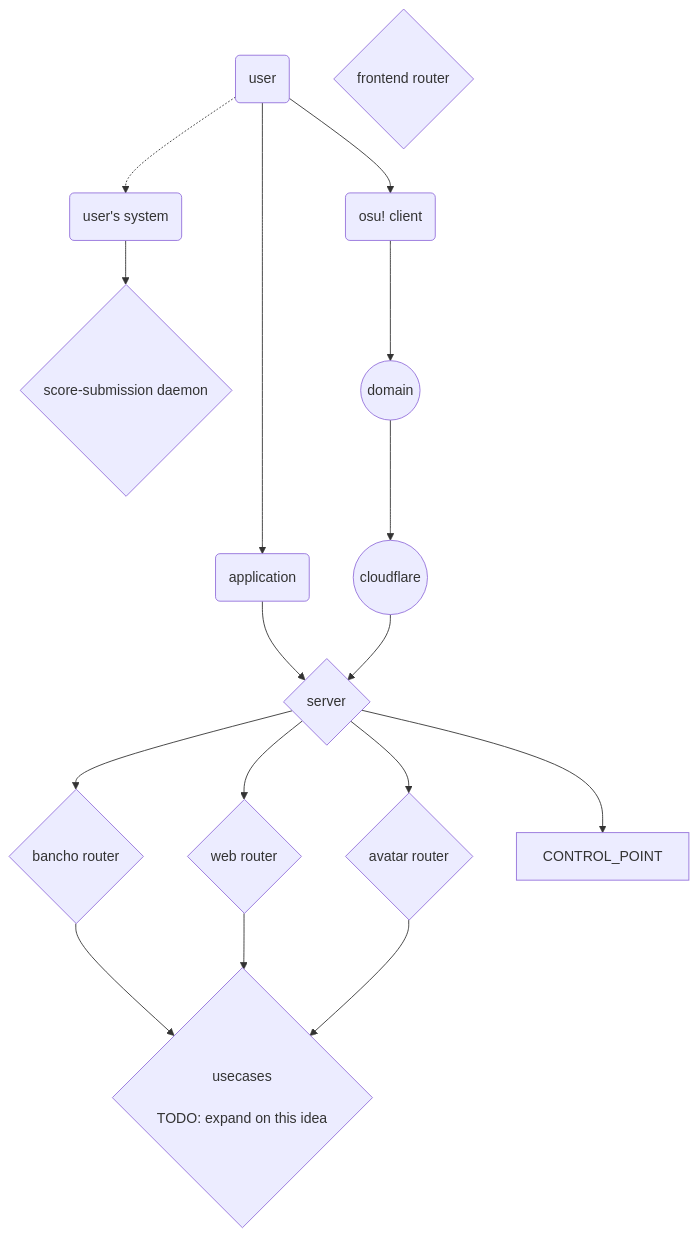
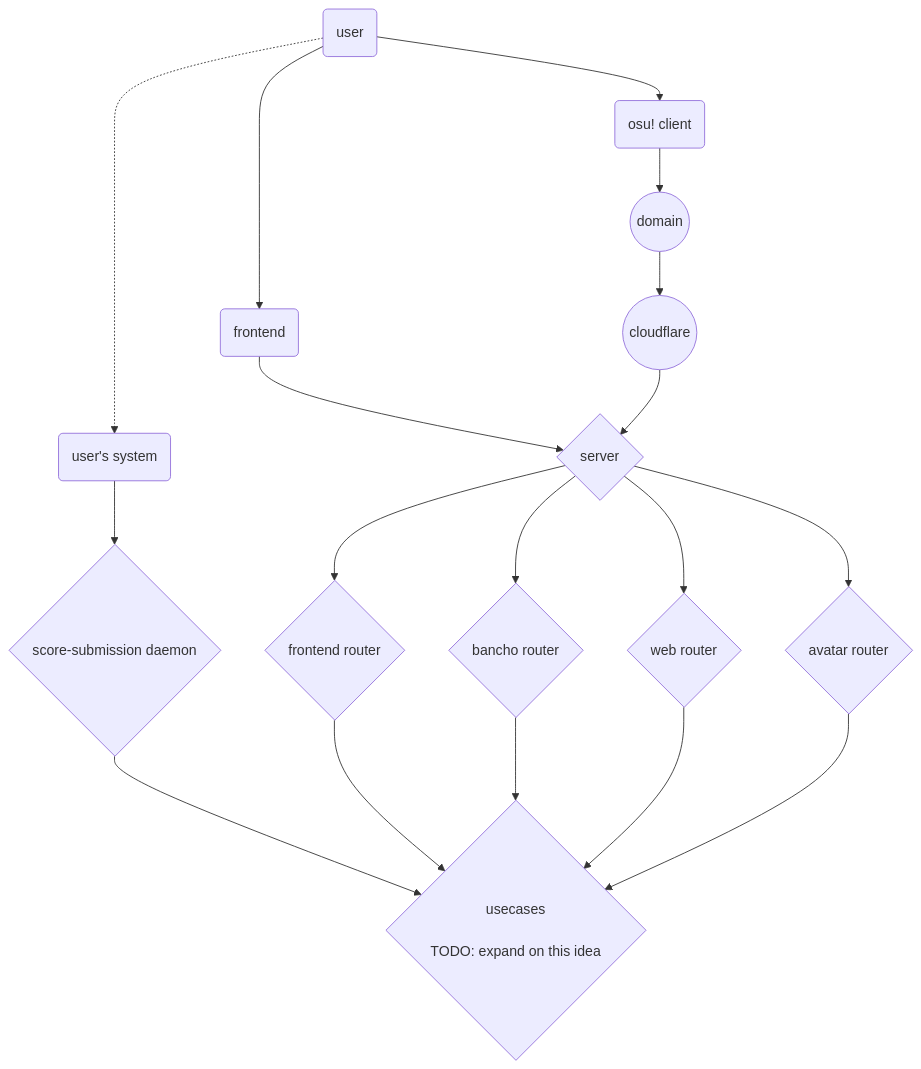
Before and after one commit to jeevanjohnson/local-osu-server: the diagram in README.md, drawn with Mermaid.

````diff
--- a/README.md
+++ b/README.md
@@ -8,28 +8,28 @@
 ```mermaid
 flowchart TB
 USER(user)
 USER_SYSTEM(user's system)
-APPLICATION(application)
+FRONTEND(frontend)
 OSU_CLIENT(osu! client)
 FRONTEND_ROUTER{frontend router}
 BANCHO_ROUTER{bancho router}
 WEB_ROUTER{web router}
 AVATAR_ROUTER{avatar router}
 SERVER{server}
 SCORE_SUBMISSION_DAEMON{score-submission daemon}
 DOMAIN((domain))
 CLOUD_FLARE((cloudflare))
 USECASES{usecases\n\nTODO: expand on this idea}
 
 %% =================================
 USER -.-> USER_SYSTEM
 
-USER --> APPLICATION --> SERVER --> CONTROL_POINT
-USER_SYSTEM --> SCORE_SUBMISSION_DAEMON
+USER --> FRONTEND --> SERVER --> FRONTEND_ROUTER --> USECASES
+USER_SYSTEM --> SCORE_SUBMISSION_DAEMON --> USECASES
 
 USER --> OSU_CLIENT --> DOMAIN --> CLOUD_FLARE  --> SERVER
 
 SERVER --> BANCHO_ROUTER --> USECASES
 SERVER --> WEB_ROUTER --> USECASES
 SERVER --> AVATAR_ROUTER --> USECASES
 ```
````
